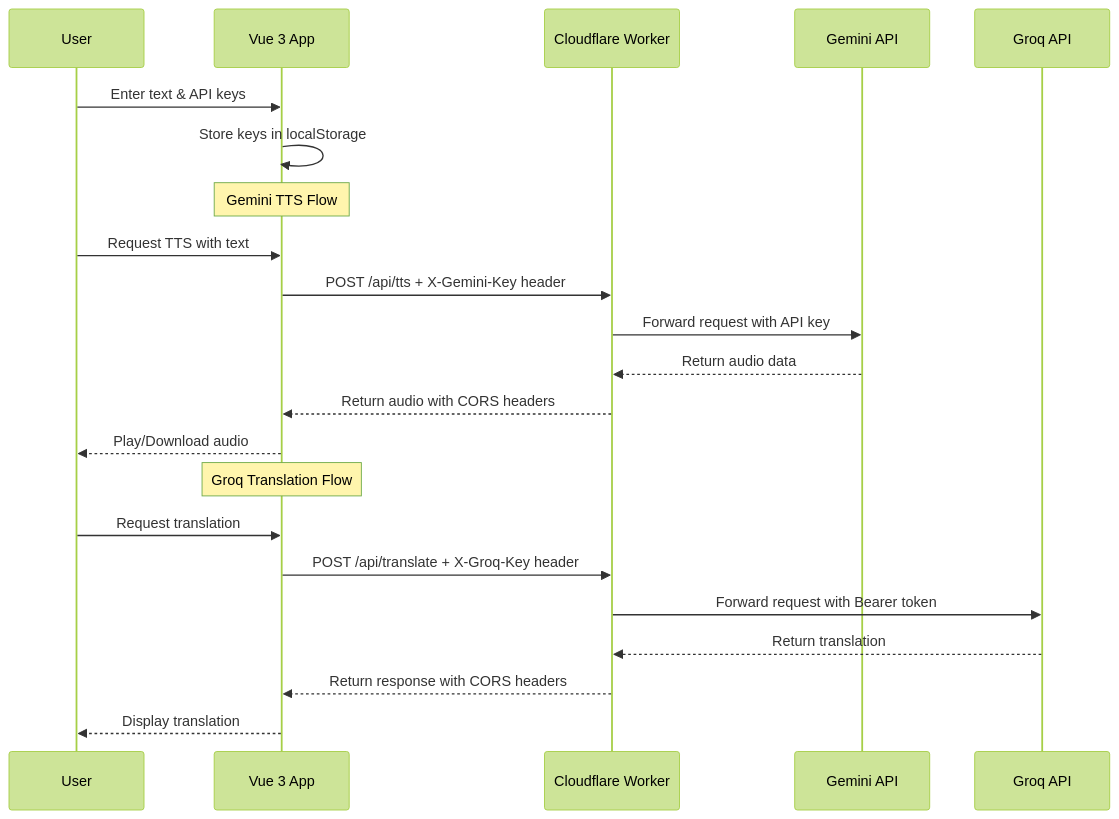
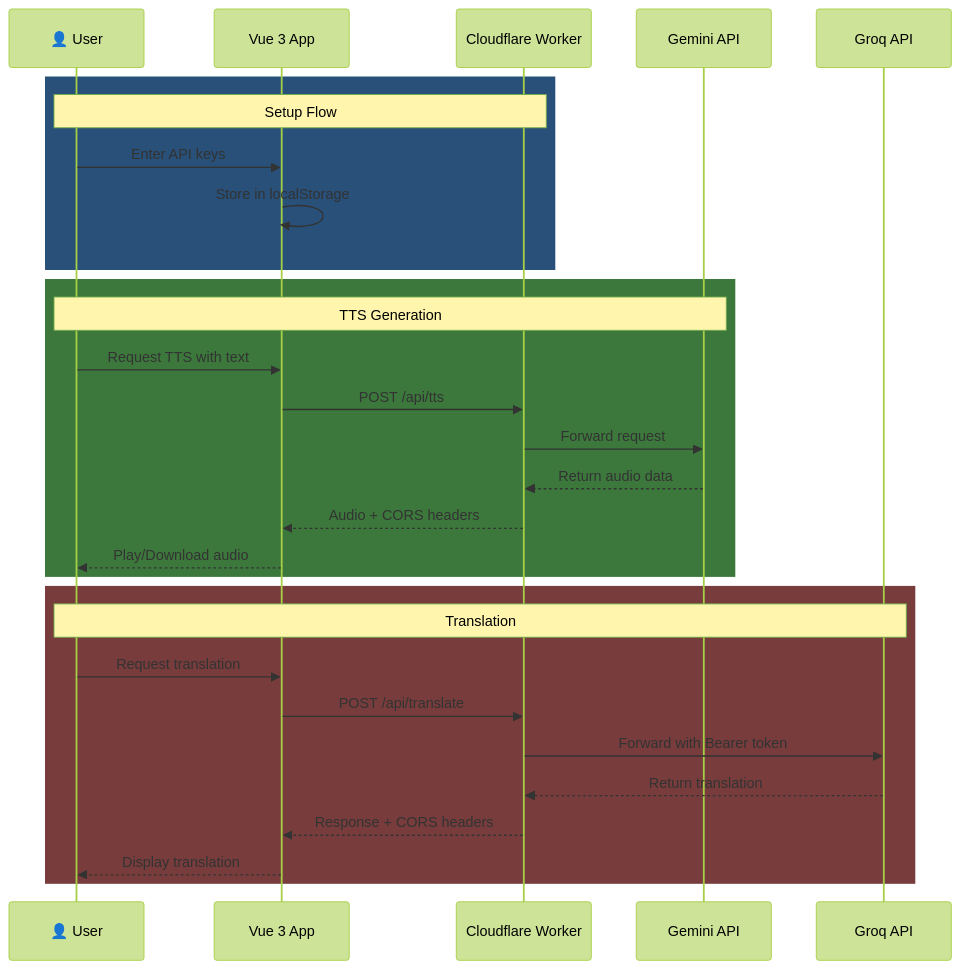
Before and after one commit to amkyawdev/app.tts-v1: the diagram in README.md, drawn with Mermaid (forest theme). The commit also changed other lines of this file, not shown here.

Commit message:
docs: Professional README design with badges, tables, and API reference

````diff
--- a/README.md
+++ b/README.md
@@ -97,29 +96,34 @@
 ```mermaid
 sequenceDiagram
-    participant User
-    participant Vue_App as Vue 3 App
-    participant Worker as Cloudflare Worker
-    participant Gemini as Gemini API
-    participant Groq as Groq API
+    participant U as 👤 User
+    participant V as Vue 3 App
+    participant W as Cloudflare Worker
+    participant G as Gemini API
+    participant R as Groq API
 
-    User->>Vue_App: Enter text & API keys
-    Vue_App->>Vue_App: Store keys in localStorage
+    rect rgb(40, 80, 120)
+        Note over U,W: Setup Flow
+        U->>V: Enter API keys
+        V->>V: Store in localStorage
+    end
 
-    Note over Vue_App:Gemini TTS Flow
+    rect rgb(60, 120, 60)
+        Note over U,G: TTS Generation
+        U->>V: Request TTS with text
+        V->>W: POST /api/tts
+        W->>G: Forward request
+        G-->>W: Return audio data
+        W-->>V: Audio + CORS headers
+        V-->>U: Play/Download audio
+    end
 
-    User->>Vue_App: Request TTS with text
-    Vue_App->>Worker: POST /api/tts + X-Gemini-Key header
-    Worker->>Gemini: Forward request with API key
-    Gemini-->>Worker: Return audio data
-    Worker-->>Vue_App: Return audio with CORS headers
-    Vue_App-->>User: Play/Download audio
-
-    Note over Vue_App:Groq Translation Flow
-
-    User->>Vue_App: Request translation
-    Vue_App->>Worker: POST /api/translate + X-Groq-Key header
-    Worker->>Groq: Forward request with Bearer token
-    Groq-->>Worker: Return translation
-    Worker-->>Vue_App: Return response with CORS headers
-    Vue_App-->>User: Display translation
+    rect rgb(120, 60, 60)
+        Note over U,R: Translation
+        U->>V: Request translation
+        V->>W: POST /api/translate
+        W->>R: Forward with Bearer token
+        R-->>W: Return translation
+        W-->>V: Response + CORS headers
+        V-->>U: Display translation
+    end
 ```
````
